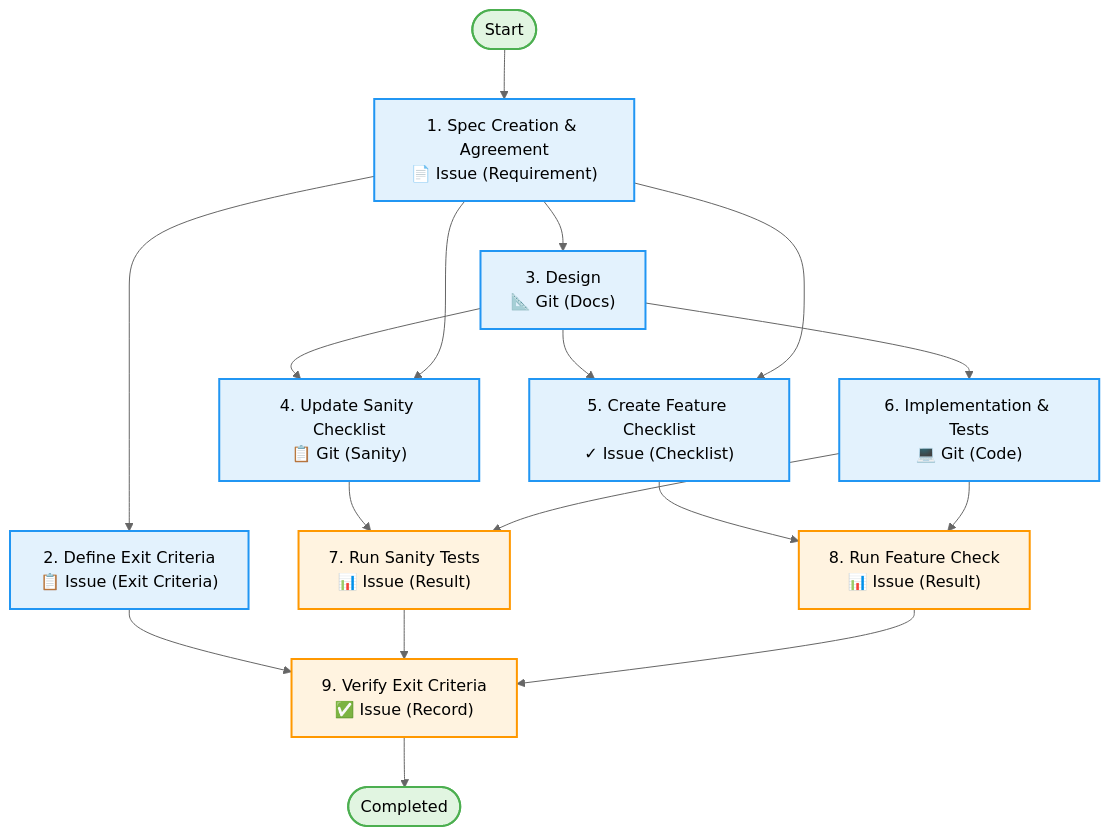
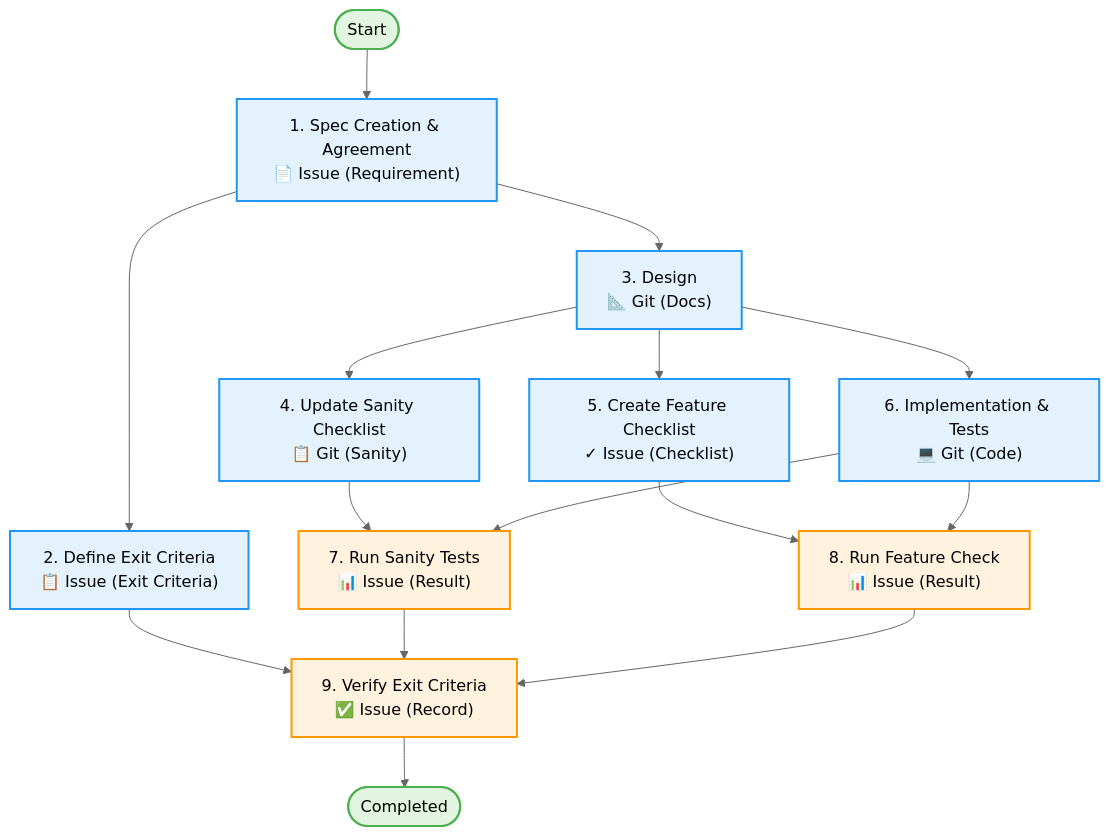
One commit to LongbowXXX/terraformer changed the second of 4 diagrams in knowledge/workflows/workflow.md. Above: the diagram before and after it, drawn with Mermaid (neutral theme).

Commit message:
feat: Add AI collaborative model workflow documentation detailing phases, roles, deliverables, and work breakdown structures.

````diff
--- a/knowledge/workflows/workflow.md
+++ b/knowledge/workflows/workflow.md
@@ -105,28 +105,26 @@
 ```mermaid
 graph TD
     Start([Start]) --> T1
     T1["1. Spec Creation & Agreement<br/>📄 Issue (Requirement)"] --> T2
     T1 --> T3
     T2["2. Define Exit Criteria<br/>📋 Issue (Exit Criteria)"] --> T9
     T3["3. Design<br/>📐 Git (Docs)"] --> T4
     T3 --> T5
     T3 --> T6
-    T1 --> T4
-    T1 --> T5
     T4["4. Update Sanity Checklist<br/>📋 Git (Sanity)"] --> T7
     T5["5. Create Feature Checklist<br/>✓ Issue (Checklist)"] --> T8
     T6["6. Implementation & Tests<br/>💻 Git (Code)"] --> T7
     T6 --> T8
     T7["7. Run Sanity Tests<br/>📊 Issue (Result)"] --> T9
     T8["8. Run Feature Check<br/>📊 Issue (Result)"] --> T9
     T9["9. Verify Exit Criteria<br/>✅ Issue (Record)"] --> End
     End([Completed])
 
     classDef startEnd fill:#e1f5e1,stroke:#4caf50,stroke-width:2px,color:#000
     classDef task fill:#e3f2fd,stroke:#2196f3,stroke-width:2px,color:#000
     classDef check fill:#fff3e0,stroke:#ff9800,stroke-width:2px,color:#000
 
     class Start,End startEnd
     class T1,T2,T3,T4,T5,T6 task
     class T7,T8,T9 check
 ```
````
